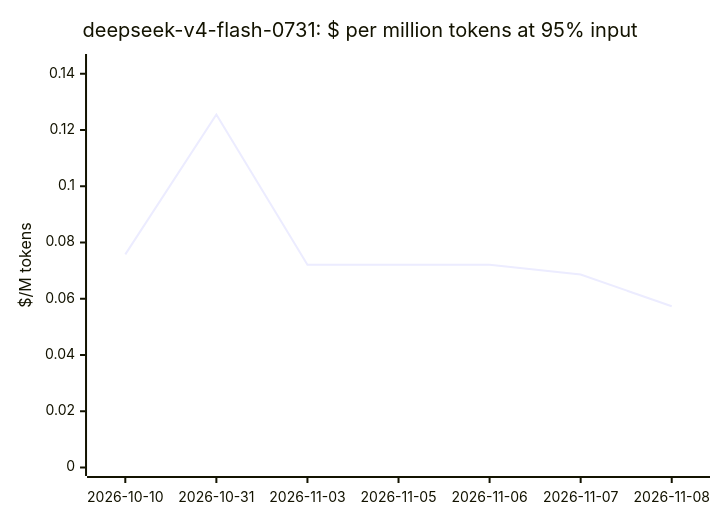
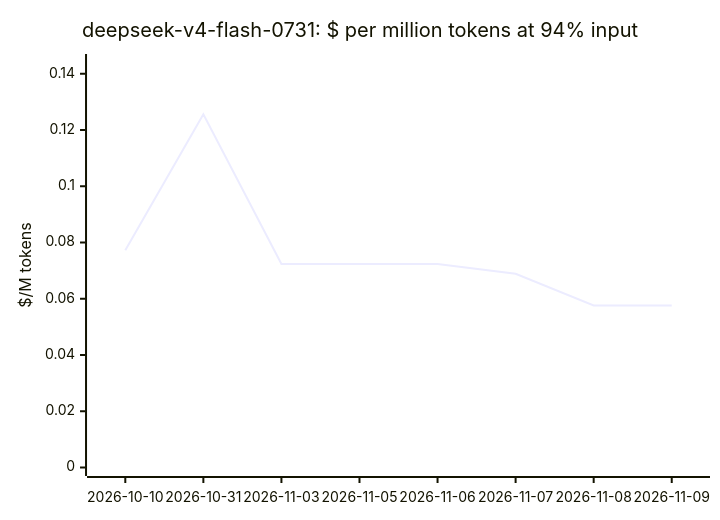
The eighth of 20 diagrams in docs/openrouter-models.md (cklukas/OMEGA_TRANSFORM), drawn with Mermaid before and after one commit. The commit also changed other lines of this file and 47 other files, not shown here.

````diff
--- a/docs/openrouter-models.md
+++ b/docs/openrouter-models.md
@@ -202,7 +202,7 @@
 ```mermaid
 xychart-beta
-    title "deepseek-v4-flash-0731: $ per million tokens at 95% input"
-    x-axis ["2026-10-10", "2026-10-31", "2026-11-03", "2026-11-05", "2026-11-06", "2026-11-07", "2026-11-08"]
+    title "deepseek-v4-flash-0731: $ per million tokens at 94% input"
+    x-axis ["2026-10-10", "2026-10-31", "2026-11-03", "2026-11-05", "2026-11-06", "2026-11-07", "2026-11-08", "2026-11-09"]
     y-axis "$/M tokens" 0 --> 0.144
-    line [0.07577, 0.1255, 0.07209, 0.07209, 0.07209, 0.06859, 0.05734]
+    line [0.07726, 0.1256, 0.07237, 0.07237, 0.07237, 0.06888, 0.05764, 0.05764]
 ```
````
